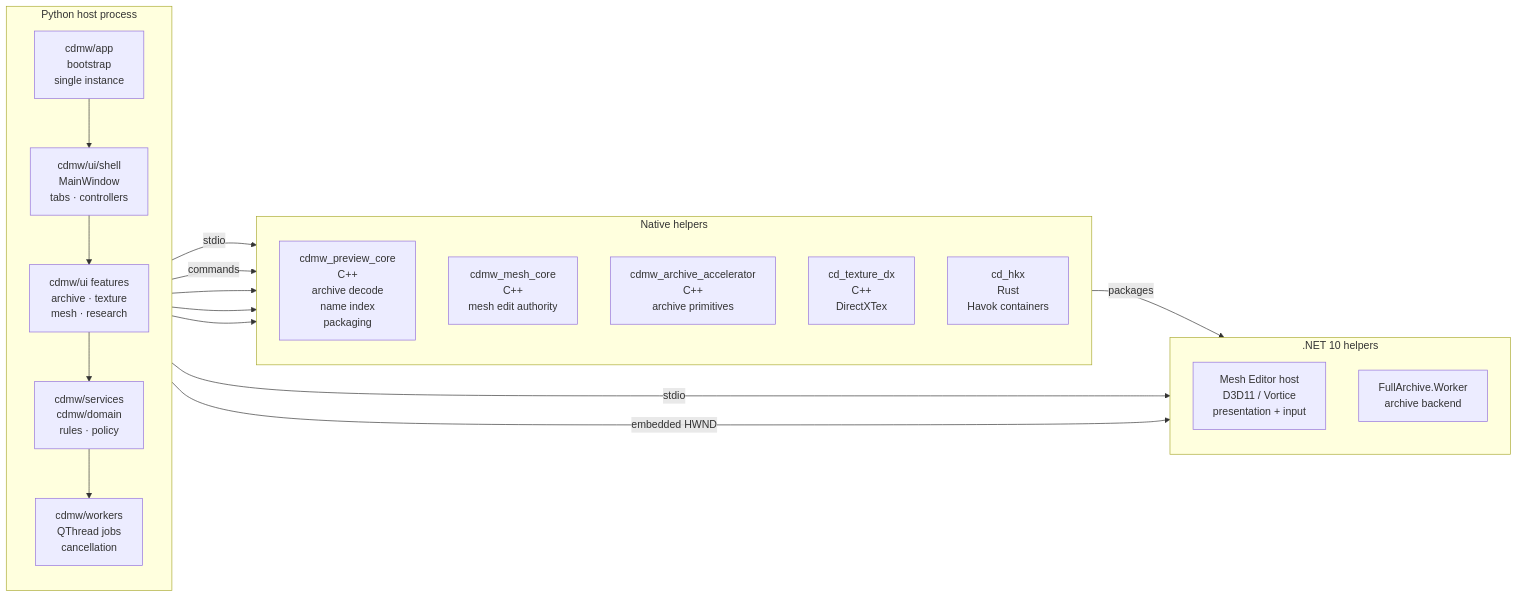
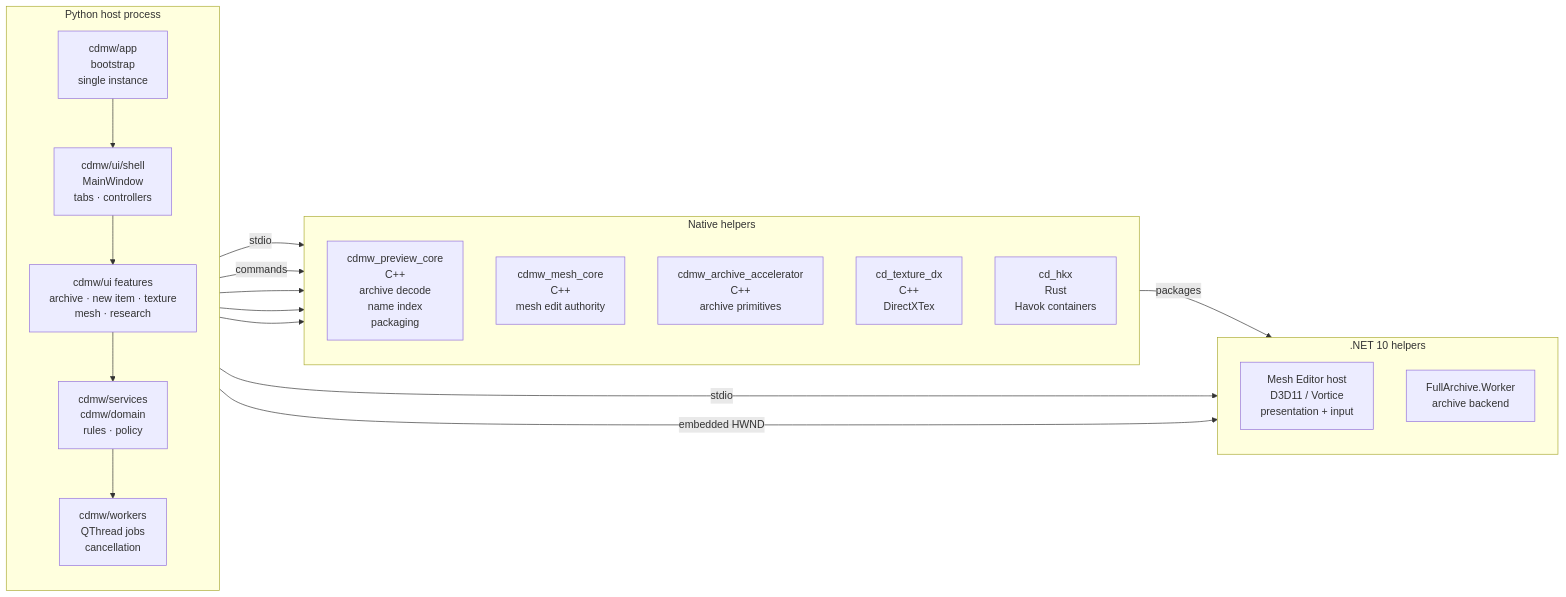
One commit to Ratty123/CDMW-Full changed the second of 5 diagrams in README.md. Above: the diagram before and after it, drawn with Mermaid. The commit also changed other lines of this file and 39 other files, not shown here.

````diff
--- a/README.md
+++ b/README.md
@@ -226,36 +256,36 @@
 ```mermaid
 flowchart LR
     subgraph host["Python host process"]
         direction TB
         APP["cdmw/app<br/>bootstrap<br/>single instance"]
         SHELL["cdmw/ui/shell<br/>MainWindow<br/>tabs · controllers"]
-        FEAT["cdmw/ui features<br/>archive · texture<br/>mesh · research"]
+        FEAT["cdmw/ui features<br/>archive · new item · texture<br/>mesh · research"]
         SVC["cdmw/services<br/>cdmw/domain<br/>rules · policy"]
         WRK["cdmw/workers<br/>QThread jobs<br/>cancellation"]
         APP --> SHELL --> FEAT --> SVC --> WRK
     end
 
     subgraph native["Native helpers"]
         direction TB
         PREV["cdmw_preview_core<br/>C++<br/>archive decode<br/>name index<br/>packaging"]
         MESH["cdmw_mesh_core<br/>C++<br/>mesh edit authority"]
         ACC["cdmw_archive_accelerator<br/>C++<br/>archive primitives"]
         TEX["cd_texture_dx<br/>C++<br/>DirectXTex"]
         HKX["cd_hkx<br/>Rust<br/>Havok containers"]
     end
 
     subgraph dotnet[".NET 10 helpers"]
         direction TB
         EDITOR["Mesh Editor host<br/>D3D11 / Vortice<br/>presentation + input"]
         ARCH["FullArchive.Worker<br/>archive backend"]
     end
 
     WRK -->|stdio| PREV
     WRK -->|stdio| ARCH
     SVC -->|commands| MESH
     WRK --> ACC
     WRK --> TEX
     WRK --> HKX
     FEAT -->|embedded HWND| EDITOR
     PREV -->|packages| EDITOR
 ```
````
